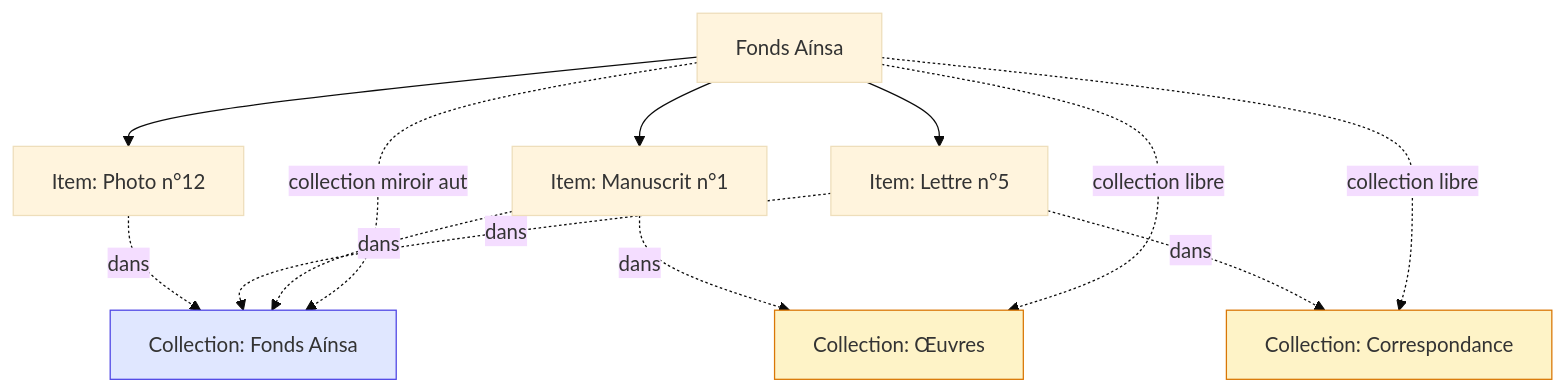
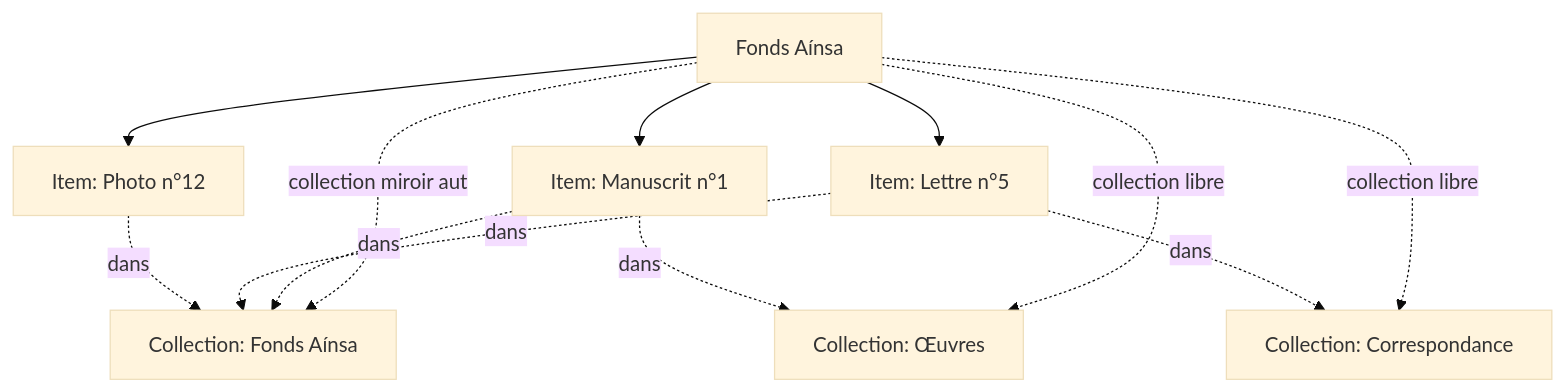
One commit to Hsbtqemy/ColleC changed the diagram in docs/guide/concepts.md. Above: the diagram before and after it, drawn with Mermaid (base theme). The commit also changed other lines of this file and 5 other files, not shown here.

````diff
--- a/docs/guide/concepts.md
+++ b/docs/guide/concepts.md
@@ -18,20 +18,16 @@
 ```mermaid
 graph TB
     F[Fonds Aínsa] --> I1[Item: Manuscrit n°1]
     F --> I2[Item: Lettre n°5]
     F --> I3[Item: Photo n°12]
 
     F -.collection miroir auto.-> CM[Collection: Fonds Aínsa]
     F -.collection libre.-> CL1[Collection: Œuvres]
     F -.collection libre.-> CL2[Collection: Correspondance]
 
     I1 -.dans.-> CM
     I1 -.dans.-> CL1
     I2 -.dans.-> CM
     I2 -.dans.-> CL2
     I3 -.dans.-> CM
-
-    style CM fill:#e0e7ff,stroke:#4f46e5
-    style CL1 fill:#fef3c7,stroke:#d97706
-    style CL2 fill:#fef3c7,stroke:#d97706
 ```
````
